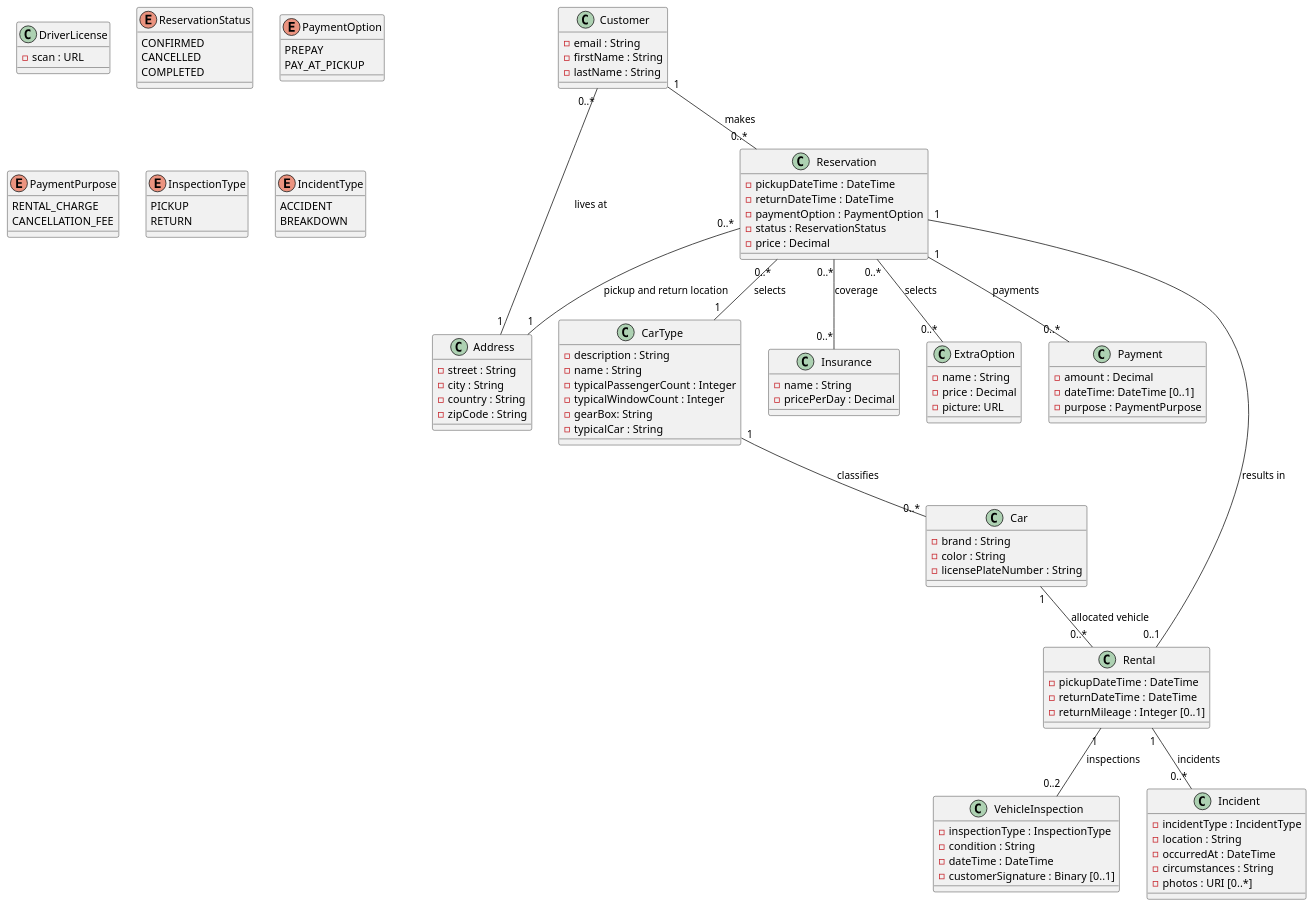
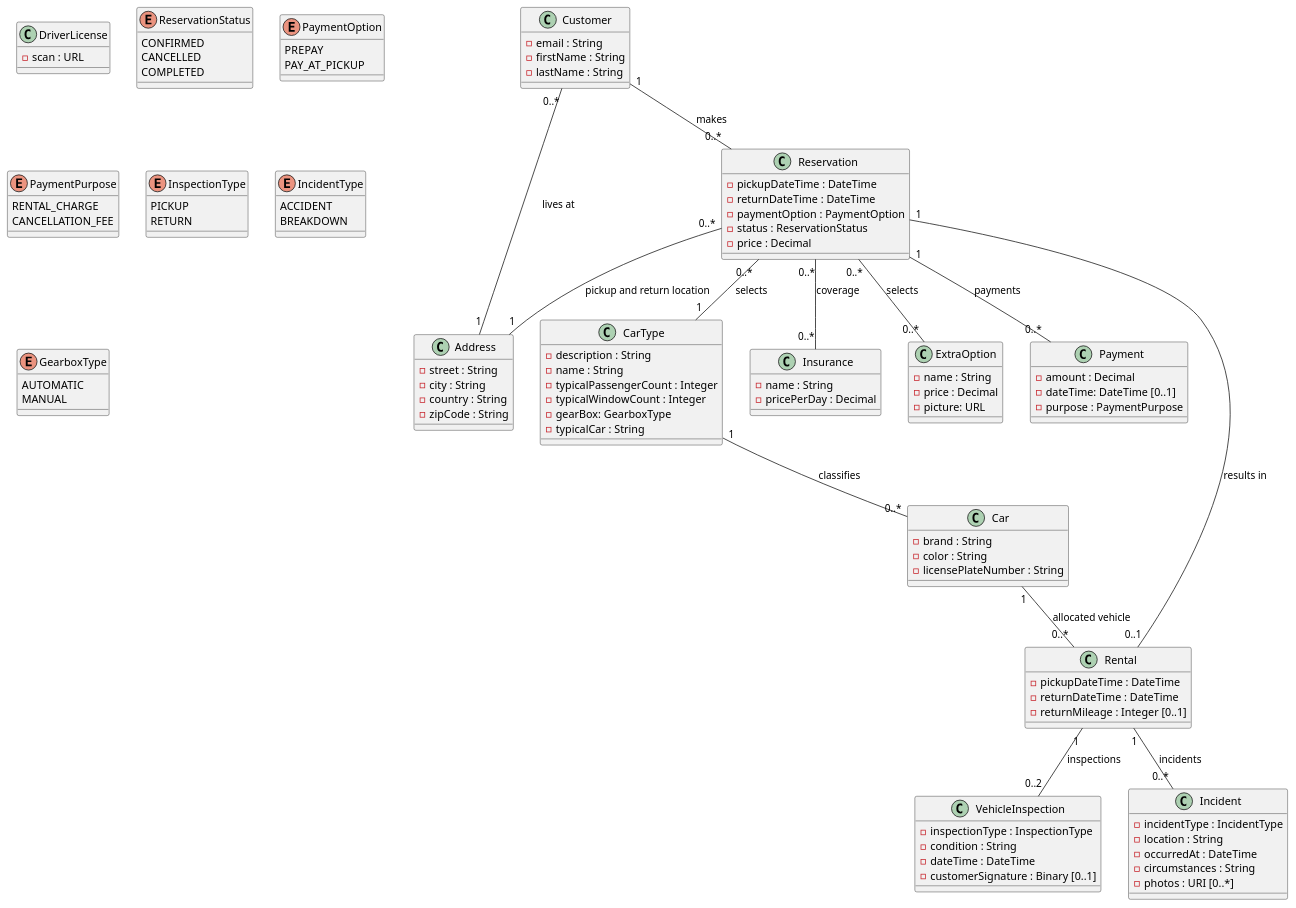
The diagram in digrams/class/class.pu (chill-cats/MIAGE-I2S-Software-Design), drawn with PlantUML before and after one commit.

Commit message:
add gearbox enumeration to class diagram

```diff
--- a/digrams/class/class.pu
+++ b/digrams/class/class.pu
@@ -1,133 +1,138 @@
 @startuml class
 
 ' !theme plain
 
 class Customer {
     - email : String
     - firstName : String
     - lastName : String 
 }
 
 class Address {
     - street : String
     - city : String
     - country : String
     - zipCode : String
 }
 
 class DriverLicense {
     - scan : URL
 }
 
 ' class Agency {
 '     - name : String
 ' }
 
 class CarType {
     - description : String
     - name : String
     - typicalPassengerCount : Integer
     - typicalWindowCount : Integer
-    - gearBox: String
+    - gearBox: GearboxType
     - typicalCar : String
 }
 
 class Car {
     - brand : String
     - color : String
     - licensePlateNumber : String
 }
 
 class Reservation {
     - pickupDateTime : DateTime
     - returnDateTime : DateTime
     - paymentOption : PaymentOption
     - status : ReservationStatus
     - price : Decimal
 }
 
 
 class Insurance {
     - name : String
     - pricePerDay : Decimal
 }
 
 class ExtraOption {
     - name : String
     - price : Decimal
     - picture: URL
 }
 
 class Payment {
     - amount : Decimal
     - dateTime: DateTime [0..1]
     - purpose : PaymentPurpose
 }
 
 class Rental {
     - pickupDateTime : DateTime
     - returnDateTime : DateTime
     - returnMileage : Integer [0..1]
 }
 
 class VehicleInspection {
     - inspectionType : InspectionType
     - condition : String
     - dateTime : DateTime
     - customerSignature : Binary [0..1]
 }
 
 class Incident {
     - incidentType : IncidentType
     - location : String
     - occurredAt : DateTime
     - circumstances : String
     - photos : URI [0..*]
 }
 
 enum ReservationStatus {
     CONFIRMED
     CANCELLED
     COMPLETED
 }
 
 enum PaymentOption {
     PREPAY
     PAY_AT_PICKUP
 }
 
 enum PaymentPurpose {
     RENTAL_CHARGE
     CANCELLATION_FEE
 }
 
 enum InspectionType {
     PICKUP
     RETURN
 }
 
 enum IncidentType {
   ACCIDENT
   BREAKDOWN
 }
 
+enum GearboxType {
+    AUTOMATIC
+    MANUAL
+}
+
 Customer "0..*" -- "1" Address : lives at
 Customer "1" -- "0..*" Reservation : makes
 
 Reservation "0..*" -- "1" CarType : selects
 Reservation "1" -- "0..1" Rental : results in
 Reservation "0..*" -- "1" Address : pickup and return location
 Reservation "0..*" -- "0..*" Insurance : coverage
 Reservation "0..*" -- "0..*" ExtraOption : selects
 Reservation "1" -- "0..*" Payment : payments
 
 Rental "1" -- "0..2" VehicleInspection : inspections
 Rental "1" -- "0..*" Incident : incidents
 
 Car "1" -- "0..*" Rental : allocated vehicle
 CarType "1" -- "0..*" Car : classifies
 
 
 
 
 @enduml
```
